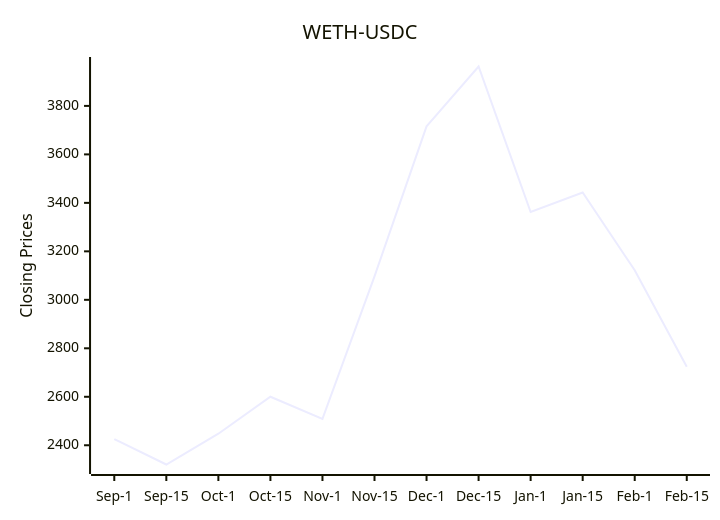
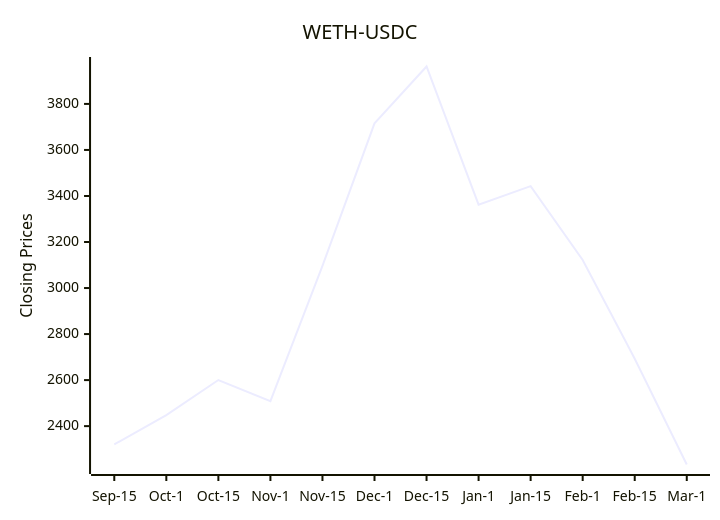
One commit to bicced/ReadmeCryptoPriceChart changed the diagram in README.md. Above: the diagram before and after it, drawn with Mermaid.

Commit message:
Update README with latest DEX data

````diff
--- a/README.md
+++ b/README.md
@@ -6,7 +6,7 @@
 ```mermaid
 xychart-beta
   title "WETH-USDC"
-  x-axis [Sep-1,Sep-15,Oct-1,Oct-15,Nov-1,Nov-15,Dec-1,Dec-15,Jan-1,Jan-15,Feb-1,Feb-15]
-  y-axis "Closing Prices" 2320.61761915807 --> 3962.56899349177
-  line [2425.60361929393,2320.61761915807,2447.67403957906,2600.26757373328,2508.72962693621,3096.49585789669,3715.59825684283,3962.56899349177,3362.281527969,3442.60666821535,3122.15,2723.67]
+  x-axis [Sep-15,Oct-1,Oct-15,Nov-1,Nov-15,Dec-1,Dec-15,Jan-1,Jan-15,Feb-1,Feb-15,Mar-1]
+  y-axis "Closing Prices" 2233.27 --> 3962.56899349177
+  line [2320.61761915807,2447.67403957906,2600.26757373328,2508.72962693621,3096.49585789669,3715.59825684283,3962.56899349177,3362.281527969,3442.60666821535,3122.15,2693.01,2233.27]
 ```
````
